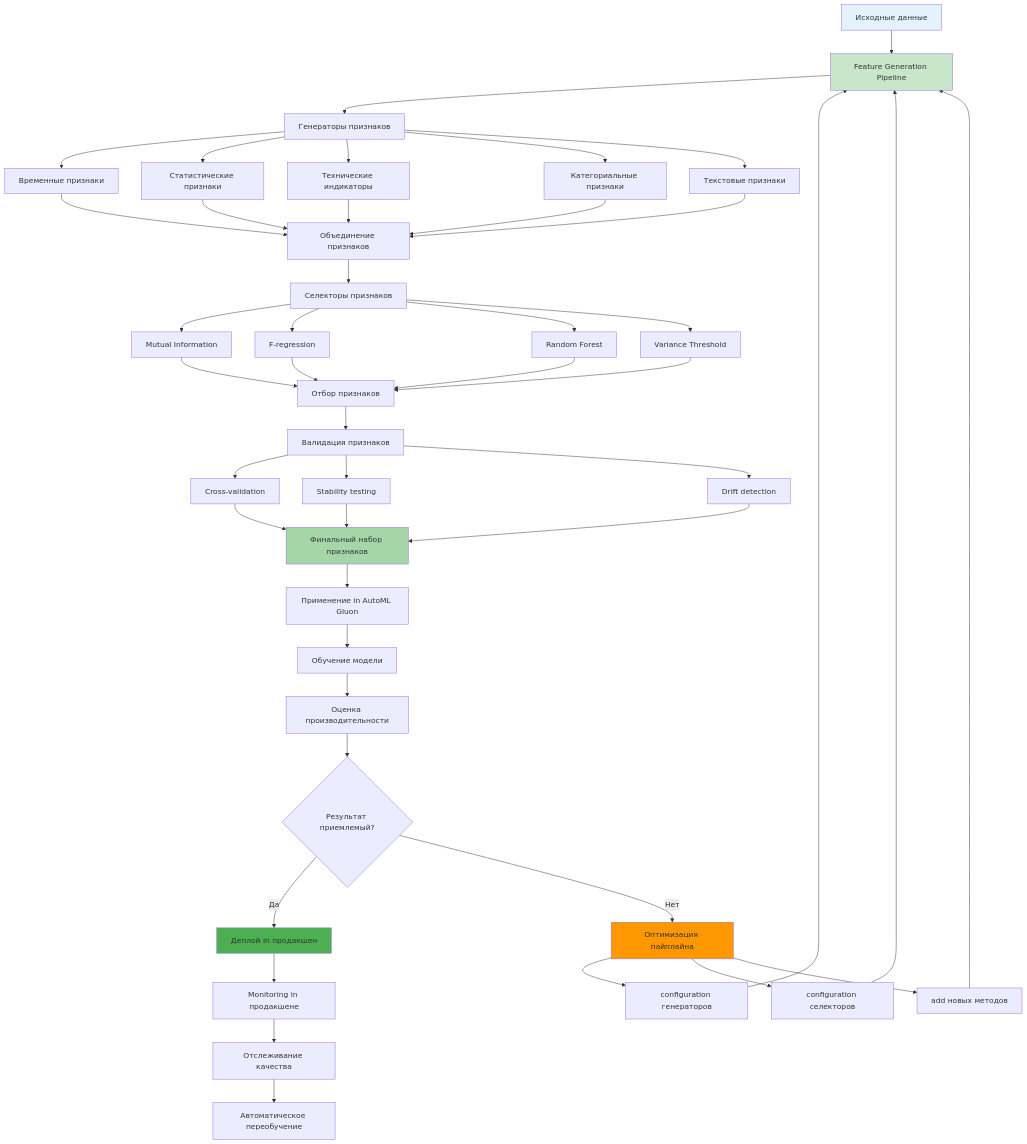
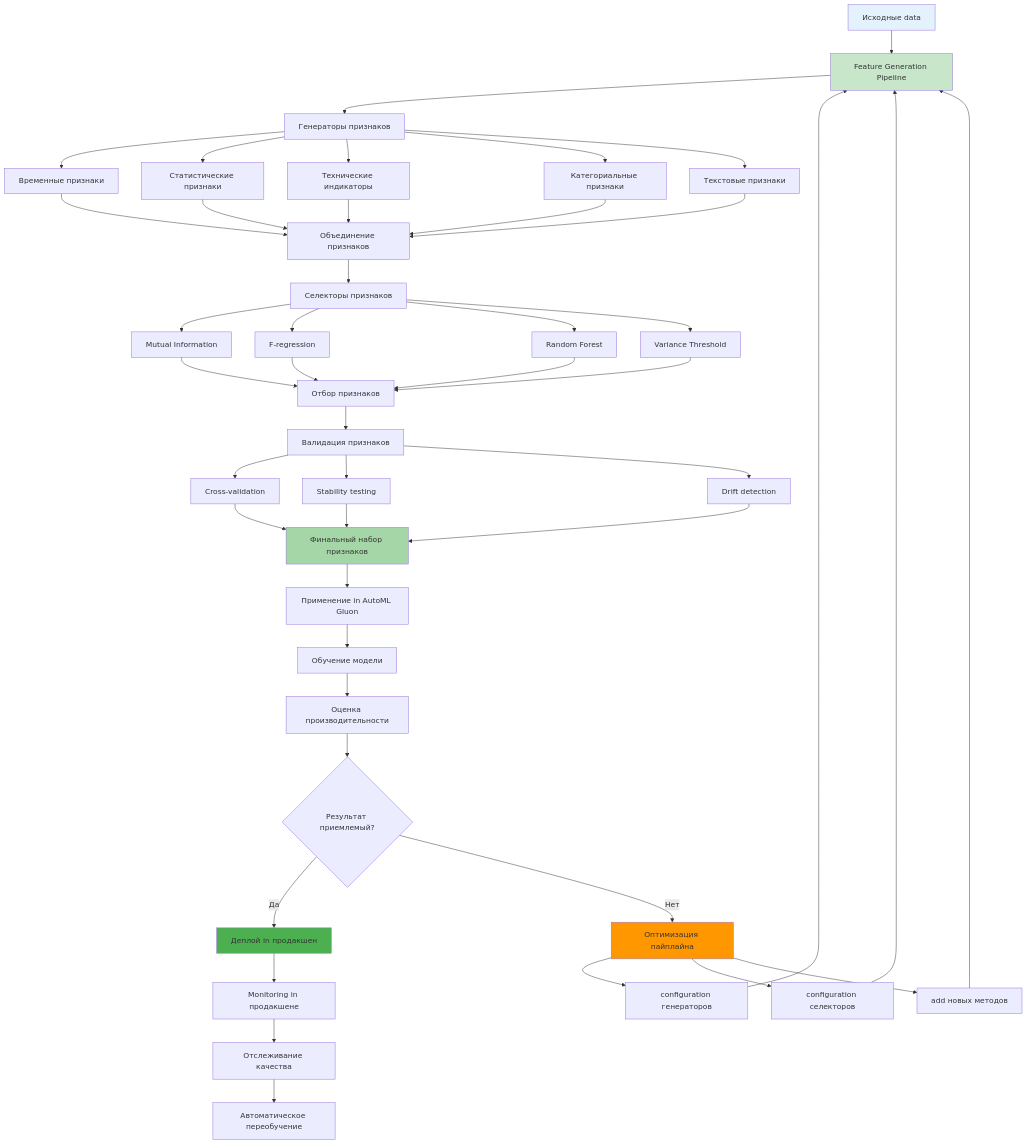
Before and after one commit to NeoZorK/neozork-hld-prediction: the ninth of 9 diagrams in docs/automl/gluon/28_feature_generation_advanced.md, drawn with Mermaid. The commit also changed other lines of this file and 108 other files, not shown here.

````diff
--- a/docs/automl/gluon/28_feature_generation_advanced.md
+++ b/docs/automl/gluon/28_feature_generation_advanced.md
@@ -2054,63 +2054,63 @@
 ```mermaid
 graph TD
- A[Исходные данные] --> B[Feature Generation Pipeline]
+ A[Исходные data] --> B[Feature Generation Pipeline]
 
  B --> C[Генераторы признаков]
  C --> D[Временные признаки]
  C --> E[Статистические признаки]
  C --> F[Технические индикаторы]
  C --> G[Категориальные признаки]
  C --> H[Текстовые признаки]
 
  D --> I[Объединение признаков]
  E --> I
  F --> I
  G --> I
  H --> I
 
  I --> J[Селекторы признаков]
  J --> K[Mutual Information]
  J --> L[F-regression]
  J --> M[Random Forest]
  J --> N[Variance Threshold]
 
  K --> O[Отбор признаков]
  L --> O
  M --> O
  N --> O
 
  O --> P[Валидация признаков]
  P --> Q[Cross-validation]
  P --> R[Stability testing]
  P --> S[Drift detection]
 
  Q --> T[Финальный набор признаков]
  R --> T
  S --> T
 
  T --> U[Применение in AutoML Gluon]
  U --> V[Обучение модели]
  V --> W[Оценка производительности]
 
  W --> X{Результат приемлемый?}
  X -->|Да| Y[Деплой in продакшен]
  X -->|Нет| Z[Оптимизация пайплайна]
 
  Z --> AA[configuration генераторов]
  Z --> BB[configuration селекторов]
  Z --> CC[add новых методов]
 
  AA --> B
  BB --> B
  CC --> B
 
  Y --> DD[Monitoring in продакшене]
  DD --> EE[Отслеживание качества]
  EE --> FF[Автоматическое переобучение]
 
  style A fill:#e3f2fd
  style B fill:#c8e6c9
  style T fill:#a5d6a7
  style Y fill:#4caf50
  style Z fill:#ff9800
 ```
````
